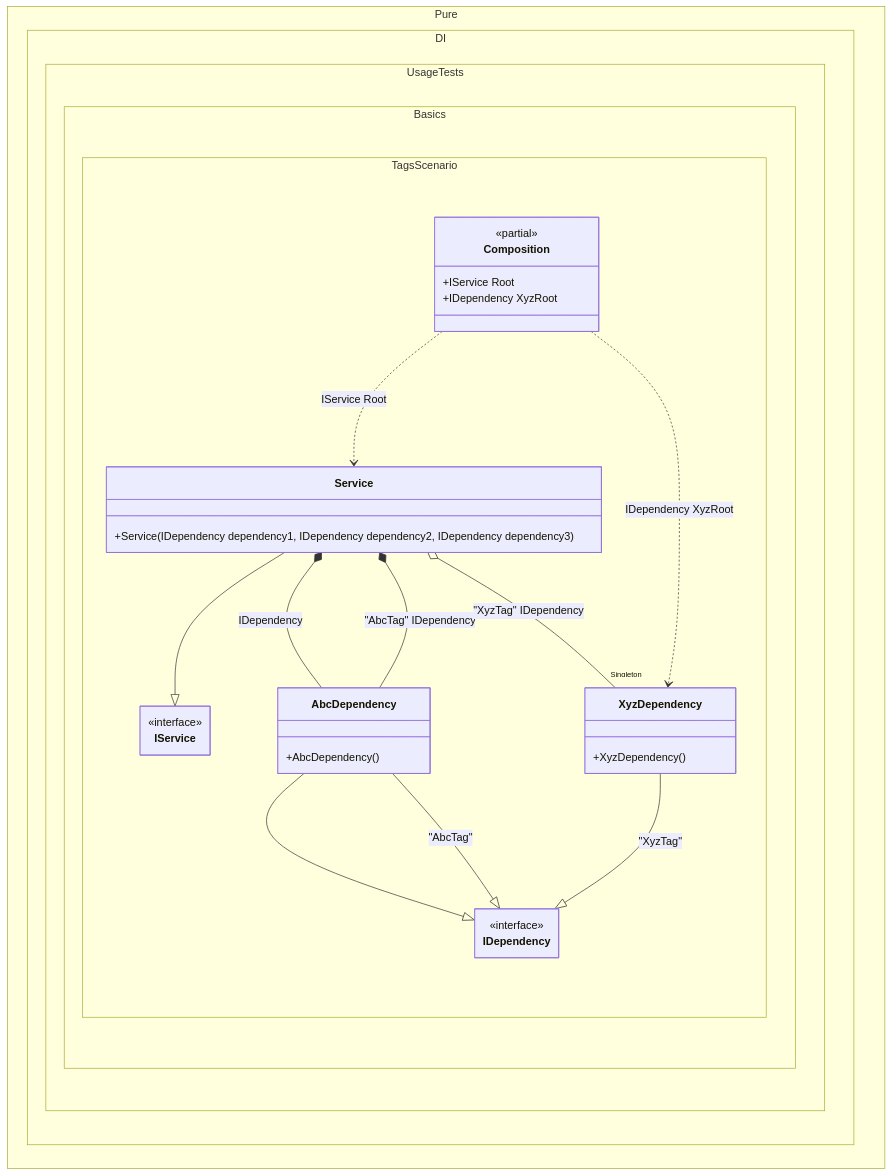
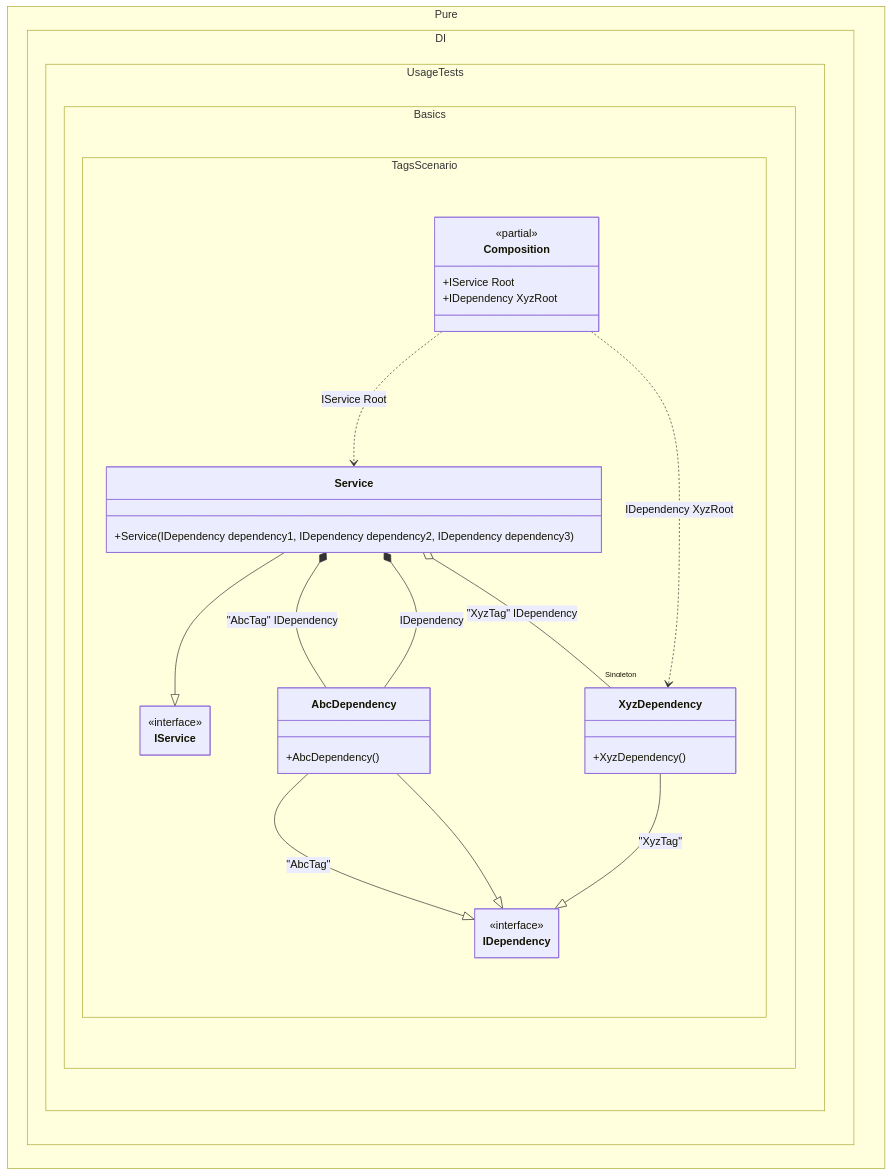
The diagram in readme/tags.md (DevTeam/Pure.DI), drawn with Mermaid before and after one commit. The commit also changed other lines of this file and 113 other files, not shown here.

````diff
--- a/readme/tags.md
+++ b/readme/tags.md
@@ -159,39 +159,39 @@
 ```mermaid
 ---
  config:
   class:
    hideEmptyMembersBox: true
 ---
 classDiagram
-	Service --|> IService
-	XyzDependency --|> IDependency : "XyzTag" 
 	AbcDependency --|> IDependency : "AbcTag" 
 	AbcDependency --|> IDependency
+	XyzDependency --|> IDependency : "XyzTag" 
+	Service --|> IService
 	Composition ..> Service : IService Root
 	Composition ..> XyzDependency : IDependency XyzRoot
 	Service *--  AbcDependency : "AbcTag"  IDependency
+	Service *--  AbcDependency : IDependency
 	Service o-- "Singleton" XyzDependency : "XyzTag"  IDependency
-	Service *--  AbcDependency : IDependency
 	namespace Pure.DI.UsageTests.Basics.TagsScenario {
 		class AbcDependency {
 			+AbcDependency()
 		}
 		class Composition {
 		<<partial>>
 		+IService Root
 		+IDependency XyzRoot
 		}
 		class IDependency {
 			<<interface>>
 		}
 		class IService {
 			<<interface>>
 		}
 		class Service {
 			+Service(IDependency dependency1, IDependency dependency2, IDependency dependency3)
 		}
 		class XyzDependency {
 			+XyzDependency()
 		}
 	}
 ```
````
